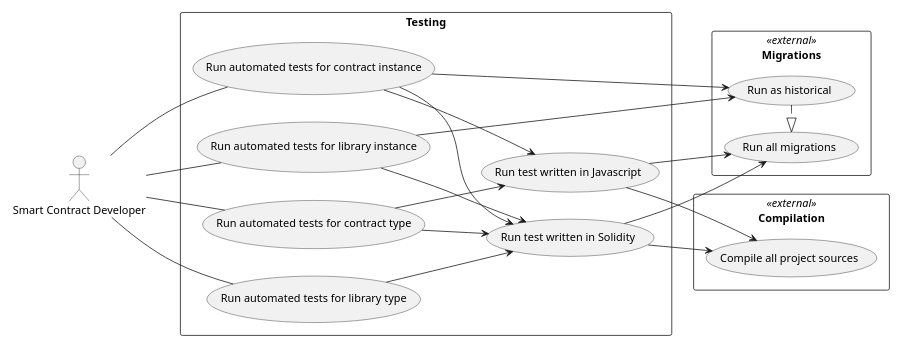
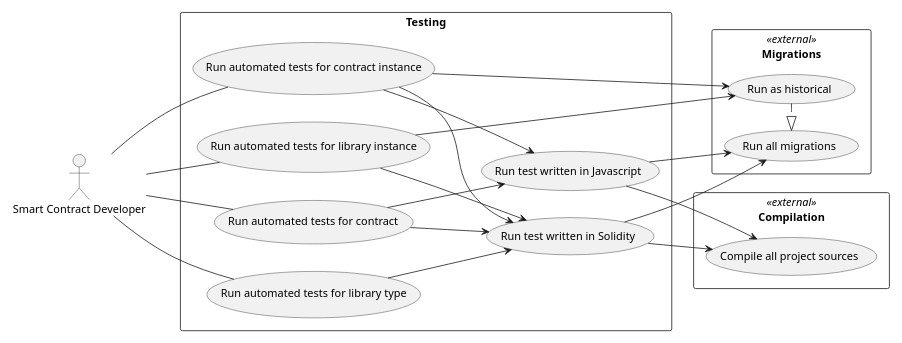
The ninth of 9 diagrams in docs/requirements/truffle.rst (trufflesuite/artifact-updates), drawn with PlantUML before and after one commit. The commit also changed other lines of this file and 4 other files, not shown here.

Commit message:
Update glossary to include additional parts of data model, and remove contract type since no longer relevant

```diff
--- a/docs/requirements/truffle.rst
+++ b/docs/requirements/truffle.rst
@@ -562,49 +562,49 @@
 .. uml::
 
   scale 0.65
   left to right direction
 
   :Smart Contract Developer: as :Developer:
 
 
   rectangle Compilation << external >> {
     (Compile all project sources) as (CompileAll)
   }
 
   rectangle Migrations << external >> {
     (Run all migrations) as (RunMigrations)
     (Run as historical) as (RunHistorical)
     RunHistorical .|> RunMigrations
   }
 
   rectangle Testing {
-    (Run automated tests for contract type) as (TestType)
+    (Run automated tests for contract) as (TestContract)
     (Run automated tests for contract instance) as (TestInstance)
     (Run automated tests for library type) as (TestLibrary)
     (Run automated tests for library instance) as (TestLibraryInstance)
 
     TestInstance --> RunHistorical
     TestLibraryInstance --> RunHistorical
 
     (Run test written in Solidity) as (RunSolidity)
     RunSolidity --> CompileAll
     RunSolidity --> RunMigrations
 
     (Run test written in Javascript) as (RunJavascript)
     RunJavascript --> CompileAll
     RunJavascript --> RunMigrations
 
-    TestType --> RunSolidity
-    TestType --> RunJavascript
+    TestContract --> RunSolidity
+    TestContract --> RunJavascript
 
     TestInstance --> RunSolidity
     TestInstance --> RunJavascript
 
     TestLibrary --> RunSolidity
     TestLibraryInstance --> RunSolidity
   }
 
-  Developer -- TestType
+  Developer -- TestContract
   Developer -- TestInstance
   Developer -- TestLibrary
   Developer -- TestLibraryInstance
```
